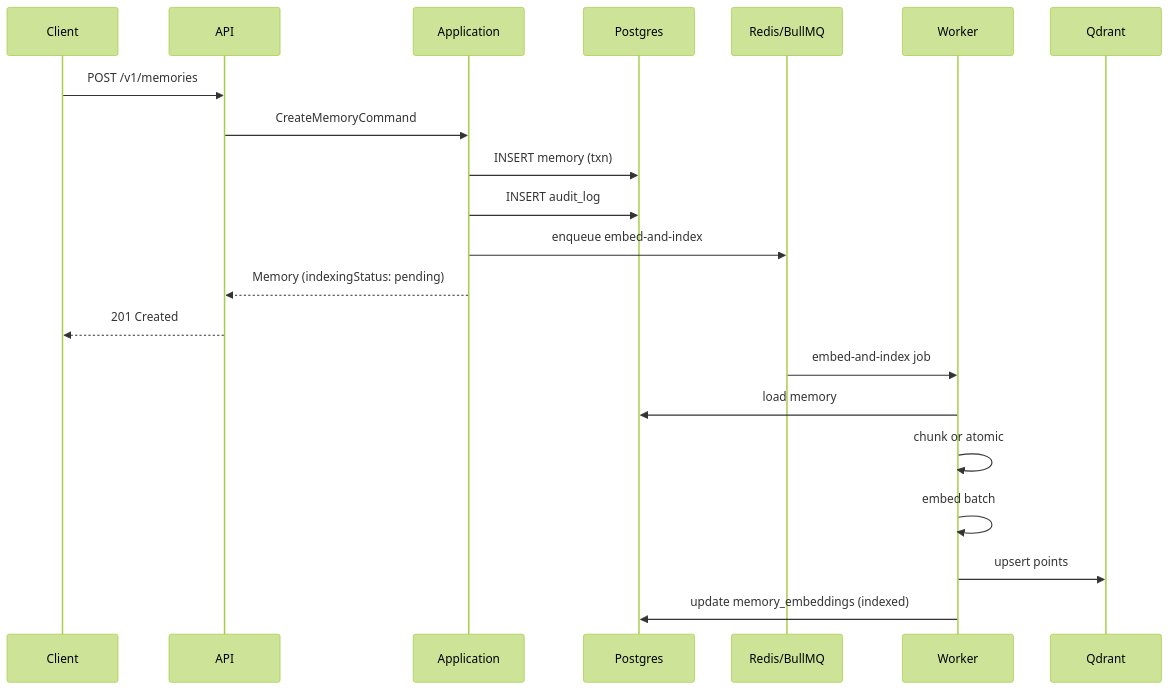
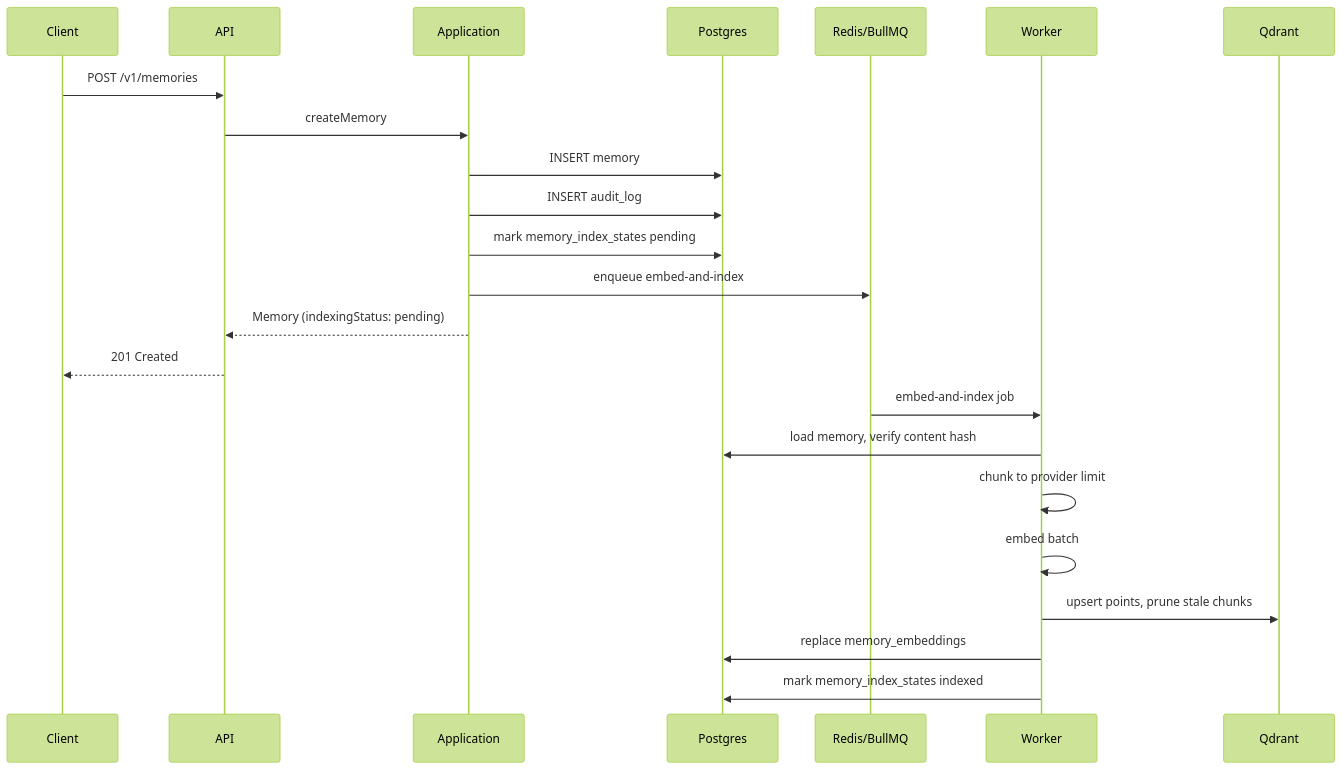
One commit to nayan-kunwar/smiriti-2.0 changed the first of 5 diagrams in docs/architecture/v1-architecture.md. Above: the diagram before and after it, drawn with Mermaid (forest theme). The commit also changed other lines of this file and 83 other files, not shown here.

````diff
--- a/docs/architecture/v1-architecture.md
+++ b/docs/architecture/v1-architecture.md
@@ -111,25 +135,27 @@
 ```mermaid
 sequenceDiagram
   participant C as Client
   participant API as API
   participant App as Application
   participant PG as Postgres
   participant Q as Redis/BullMQ
   participant W as Worker
   participant QD as Qdrant
 
   C->>API: POST /v1/memories
-  API->>App: CreateMemoryCommand
-  App->>PG: INSERT memory (txn)
+  API->>App: createMemory
+  App->>PG: INSERT memory
   App->>PG: INSERT audit_log
+  App->>PG: mark memory_index_states pending
   App->>Q: enqueue embed-and-index
   App-->>API: Memory (indexingStatus: pending)
   API-->>C: 201 Created
 
   Q->>W: embed-and-index job
-  W->>PG: load memory
-  W->>W: chunk or atomic
+  W->>PG: load memory, verify content hash
+  W->>W: chunk to provider limit
   W->>W: embed batch
-  W->>QD: upsert points
-  W->>PG: update memory_embeddings (indexed)
+  W->>QD: upsert points, prune stale chunks
+  W->>PG: replace memory_embeddings
+  W->>PG: mark memory_index_states indexed
 ```
````
